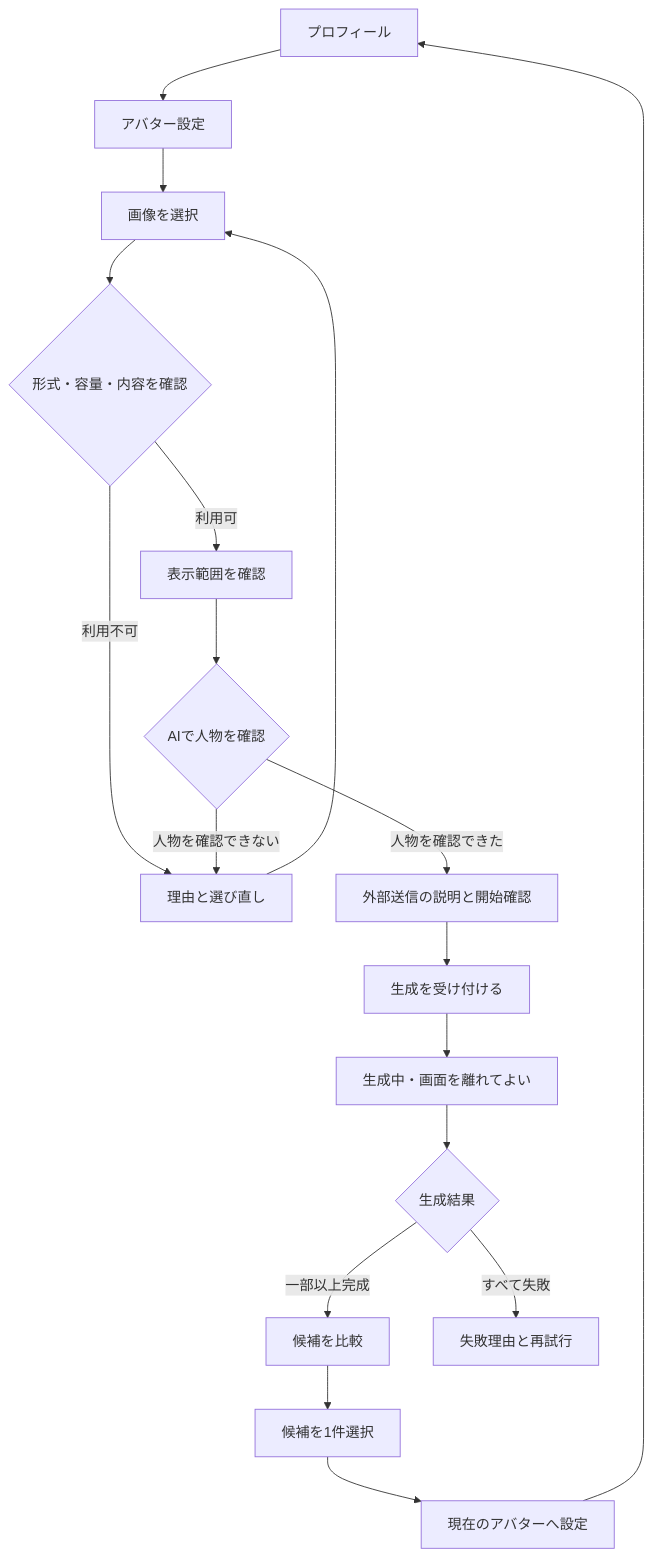
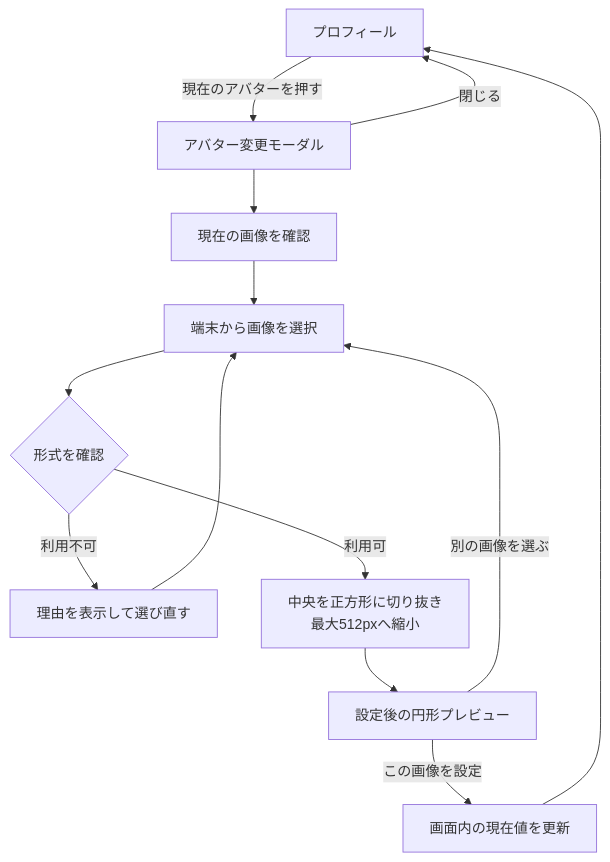
One commit to kkyosuke/me-builder changed the first of 2 diagrams in docs/product/avatar-experience.md. Above: the diagram before and after it, drawn with Mermaid. The commit also changed other lines of this file and 16 other files, not shown here.

````diff
--- a/docs/product/avatar-experience.md
+++ b/docs/product/avatar-experience.md
@@ -112,20 +52,15 @@
 ```mermaid
 flowchart TD
-    P[プロフィール] --> S[アバター設定]
-    S --> U[画像を選択]
-    U --> V{形式・容量・内容を確認}
-    V -->|利用不可| UE[理由と選び直し]
-    UE --> U
-    V -->|利用可| C[表示範囲を確認]
-    C --> D{AIで人物を確認}
-    D -->|人物を確認できない| UE
-    D -->|人物を確認できた| X[外部送信の説明と開始確認]
-    X --> J[生成を受け付ける]
-    J --> W[生成中・画面を離れてよい]
-    W --> R{生成結果}
-    R -->|一部以上完成| G[候補を比較]
-    R -->|すべて失敗| F[失敗理由と再試行]
-    G --> E[候補を1件選択]
-    E --> A[現在のアバターへ設定]
-    A --> P
+    P[プロフィール] -->|現在のアバターを押す| M[アバター変更モーダル]
+    M --> C[現在の画像を確認]
+    C --> F[端末から画像を選択]
+    F --> V{形式を確認}
+    V -->|利用不可| E[理由を表示して選び直す]
+    E --> F
+    V -->|利用可| N[中央を正方形に切り抜き<br/>最大512pxへ縮小]
+    N --> R[設定後の円形プレビュー]
+    R -->|別の画像を選ぶ| F
+    R -->|この画像を設定| S[画面内の現在値を更新]
+    S --> P
+    M -->|閉じる| P
 ```
````
